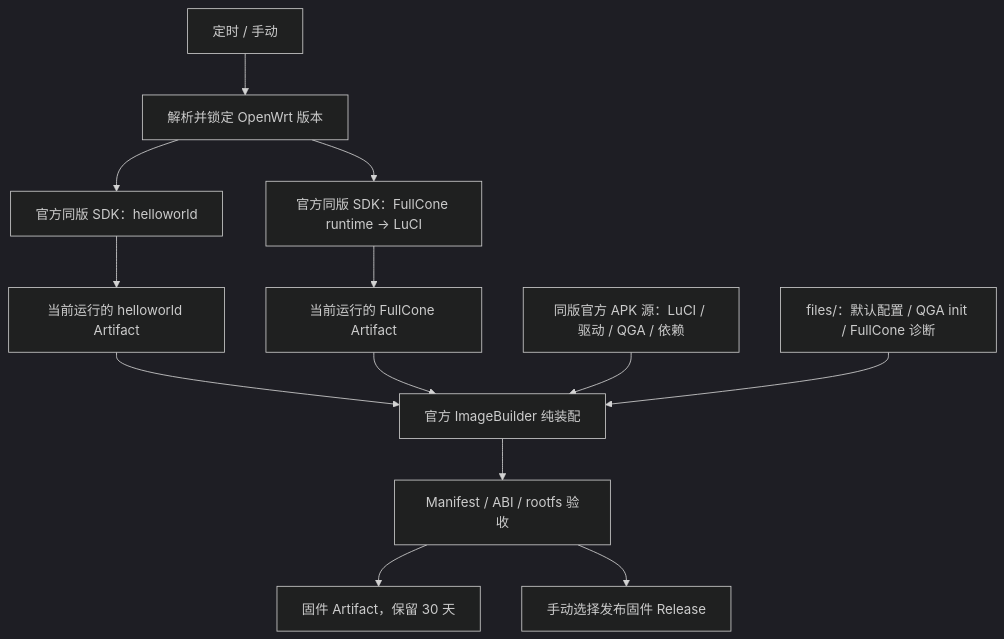
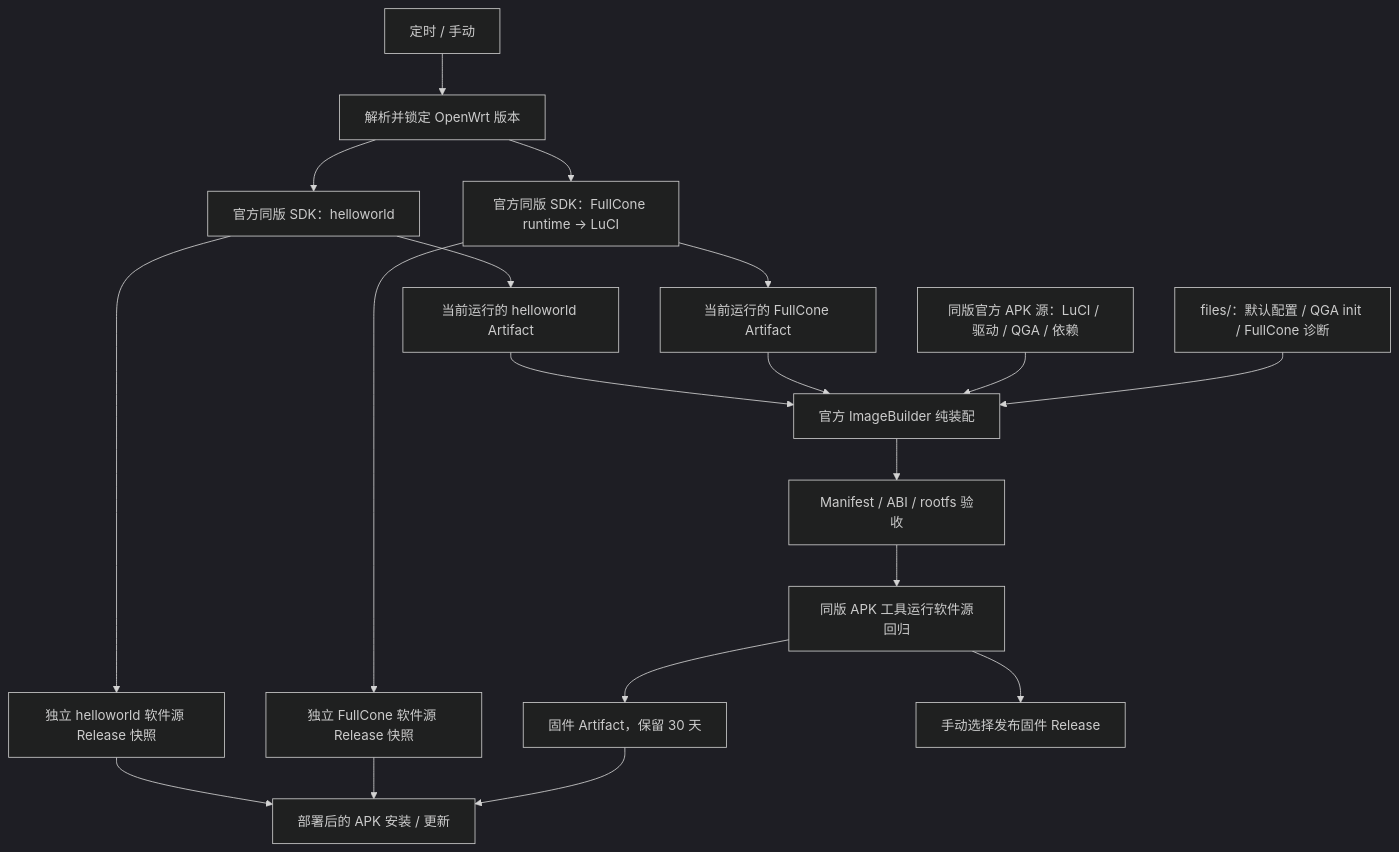
One commit to EluneAdore/openwrt-imagebuilder-ci changed the diagram in docs/repository-analysis.md. Above: the diagram before and after it, drawn with Mermaid (dark theme). The commit also changed other lines of this file and 10 other files, not shown here.

````diff
--- a/docs/repository-analysis.md
+++ b/docs/repository-analysis.md
@@ -11,15 +11,21 @@
 ```mermaid
 flowchart TD
     trigger["定时 / 手动"] --> resolve["解析并锁定 OpenWrt 版本"]
     resolve --> hw["官方同版 SDK：helloworld"]
     resolve --> fc["官方同版 SDK：FullCone runtime → LuCI"]
+    hw --> hwr["独立 helloworld 软件源 Release 快照"]
     hw --> hwa["当前运行的 helloworld Artifact"]
+    fc --> fcr["独立 FullCone 软件源 Release 快照"]
     fc --> fca["当前运行的 FullCone Artifact"]
     hwa --> assembly["官方 ImageBuilder 纯装配"]
     fca --> assembly
     official["同版官方 APK 源：LuCI / 驱动 / QGA / 依赖"] --> assembly
     overlay["files/：默认配置 / QGA init / FullCone 诊断"] --> assembly
     assembly --> validation["Manifest / ABI / rootfs 验收"]
-    validation --> output["固件 Artifact，保留 30 天"]
-    validation --> release["手动选择发布固件 Release"]
+    validation --> regression["同版 APK 工具运行软件源回归"]
+    regression --> output["固件 Artifact，保留 30 天"]
+    regression --> release["手动选择发布固件 Release"]
+    hwr --> deployed["部署后的 APK 安装 / 更新"]
+    fcr --> deployed
+    output --> deployed
 ```
````
